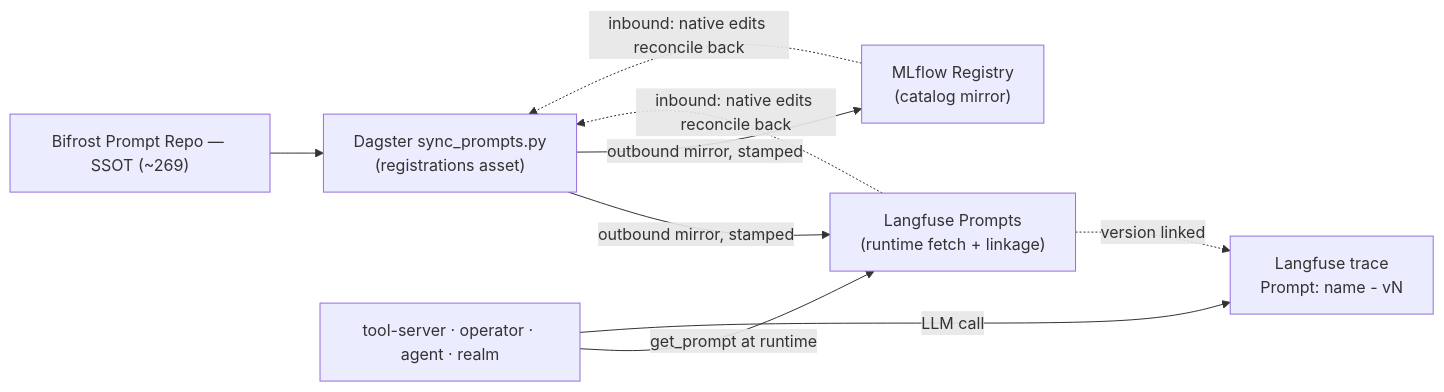
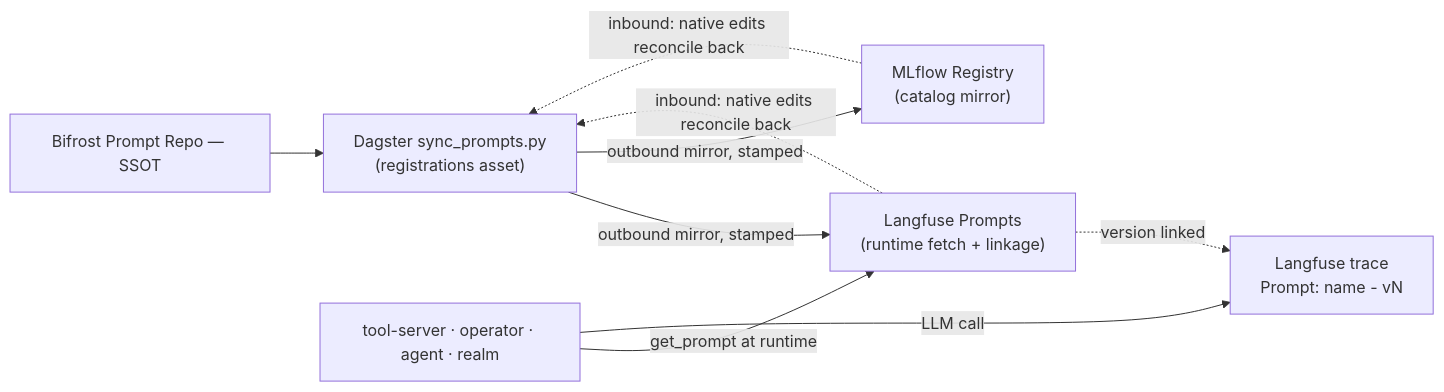
Before and after one commit to edtbl76/weyland-lab: the diagram in docs/concepts/federated-prompts.md, drawn with Mermaid. The commit also changed other lines of this file and 74 other files, not shown here.

````diff
--- a/docs/concepts/federated-prompts.md
+++ b/docs/concepts/federated-prompts.md
@@ -51,17 +51,17 @@
 ```mermaid
 flowchart LR
-  BF["Bifrost Prompt Repo — SSOT (~269)"]
+  BF["Bifrost Prompt Repo — SSOT"]
   DG["Dagster sync_prompts.py<br/>(registrations asset)"]
   LF["Langfuse Prompts<br/>(runtime fetch + linkage)"]
   ML["MLflow Registry<br/>(catalog mirror)"]
   APP["tool-server · operator · agent · realm"]
   TR["Langfuse trace<br/>Prompt: name - vN"]
   BF --> DG
   DG -->|outbound mirror, stamped| LF
   DG -->|outbound mirror, stamped| ML
   LF -.->|inbound: native edits reconcile back| DG
   ML -.->|inbound: native edits reconcile back| DG
   APP -->|get_prompt at runtime| LF
   APP -->|LLM call| TR
   LF -.->|version linked| TR
 ```
````
